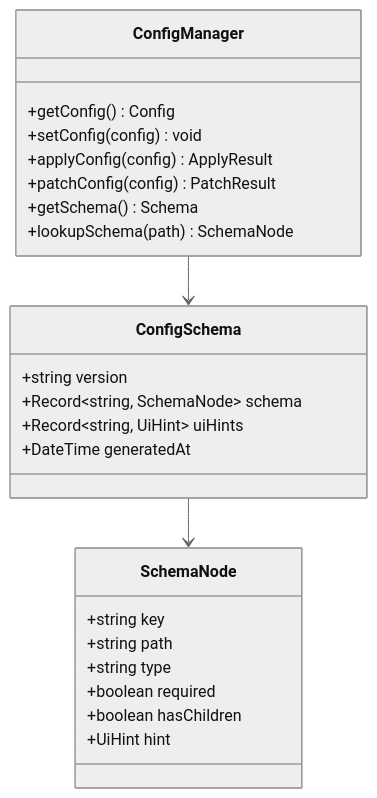
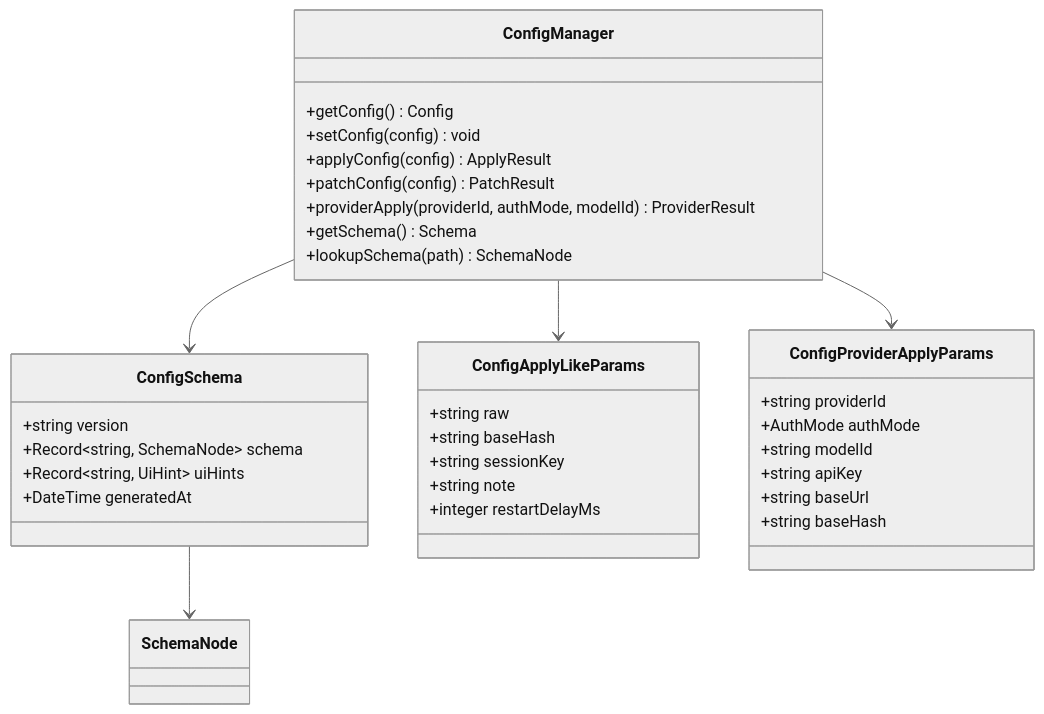
One commit to verse-ai-org/openclaw changed the ninth of 16 diagrams in .qoder/repowiki/zh/content/项目概述/技术架构概览/网关协议设计/网关协议增强.md. Above: the diagram before and after it, drawn with Mermaid (neutral theme). The commit also changed other lines of this file and 11 other files, not shown here.

````diff
--- a/.qoder/repowiki/zh/content/项目概述/技术架构概览/网关协议设计/网关协议增强.md
+++ b/.qoder/repowiki/zh/content/项目概述/技术架构概览/网关协议设计/网关协议增强.md
@@ -309,27 +351,37 @@
 ```mermaid
 classDiagram
 class ConfigManager {
 +getConfig() Config
 +setConfig(config) void
 +applyConfig(config) ApplyResult
 +patchConfig(config) PatchResult
++providerApply(providerId, authMode, modelId) ProviderResult
 +getSchema() Schema
 +lookupSchema(path) SchemaNode
 }
 class ConfigSchema {
 +string version
 +Record~string, SchemaNode~ schema
 +Record~string, UiHint~ uiHints
 +DateTime generatedAt
 }
-class SchemaNode {
-+string key
-+string path
-+string type
-+boolean required
-+boolean hasChildren
-+UiHint hint
+class ConfigApplyLikeParams {
++string raw
++string baseHash
++string sessionKey
++string note
++integer restartDelayMs
+}
+class ConfigProviderApplyParams {
++string providerId
++AuthMode authMode
++string modelId
++string apiKey
++string baseUrl
++string baseHash
 }
 ConfigManager --> ConfigSchema
+ConfigManager --> ConfigApplyLikeParams
+ConfigManager --> ConfigProviderApplyParams
 ConfigSchema --> SchemaNode
 ```
````
